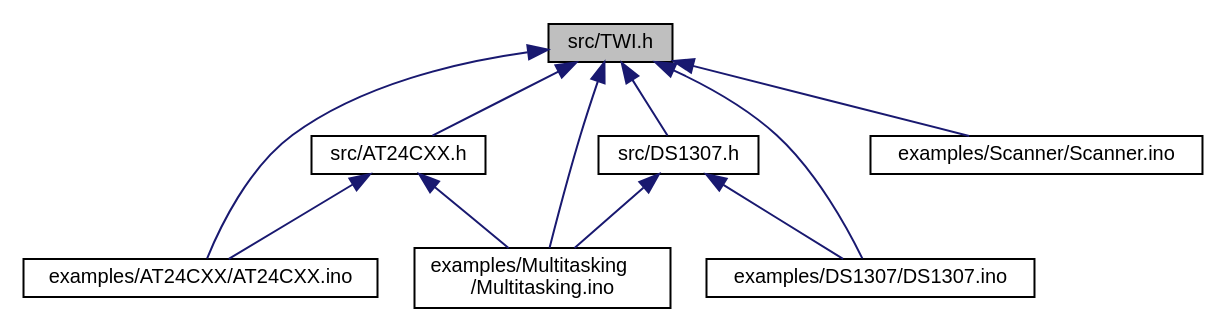
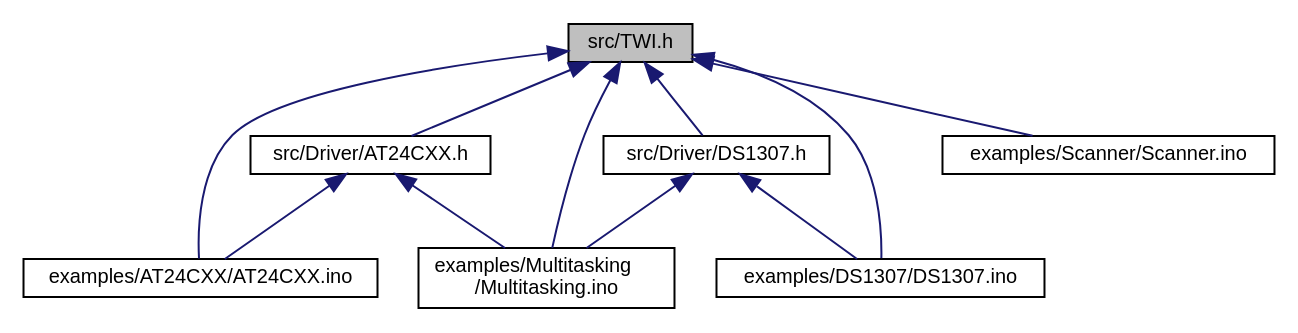
Before and after one commit to mikaelpatel/mikaelpatel.github.io: the diagram in Arduino-TWI/d5/d2a/TWI_8h__dep__incl.dot, drawn with Graphviz. The commit also changed 144 other files, not shown here.

```diff
--- a/Arduino-TWI/d5/d2a/TWI_8h__dep__incl.dot
+++ b/Arduino-TWI/d5/d2a/TWI_8h__dep__incl.dot
@@ -1,22 +1,22 @@
 digraph "src/TWI.h"
 {
   edge [fontname="Helvetica",fontsize="10",labelfontname="Helvetica",labelfontsize="10"];
   node [fontname="Helvetica",fontsize="10",shape=record];
   Node1 [label="src/TWI.h",height=0.2,width=0.4,color="black", fillcolor="grey75", style="filled", fontcolor="black"];
   Node1 -> Node2 [dir="back",color="midnightblue",fontsize="10",style="solid",fontname="Helvetica"];
-  Node2 [label="src/AT24CXX.h",height=0.2,width=0.4,color="black", fillcolor="white", style="filled",URL="$db/d0b/AT24CXX_8h.html"];
+  Node2 [label="src/Driver/AT24CXX.h",height=0.2,width=0.4,color="black", fillcolor="white", style="filled",URL="$db/d0b/AT24CXX_8h.html"];
   Node2 -> Node3 [dir="back",color="midnightblue",fontsize="10",style="solid",fontname="Helvetica"];
   Node3 [label="examples/AT24CXX/AT24CXX.ino",height=0.2,width=0.4,color="black", fillcolor="white", style="filled",URL="$de/d62/AT24CXX_8ino.html"];
   Node2 -> Node4 [dir="back",color="midnightblue",fontsize="10",style="solid",fontname="Helvetica"];
   Node4 [label="examples/Multitasking\l/Multitasking.ino",height=0.2,width=0.4,color="black", fillcolor="white", style="filled",URL="$d0/df3/Multitasking_8ino.html"];
   Node1 -> Node5 [dir="back",color="midnightblue",fontsize="10",style="solid",fontname="Helvetica"];
-  Node5 [label="src/DS1307.h",height=0.2,width=0.4,color="black", fillcolor="white", style="filled",URL="$de/dba/DS1307_8h.html"];
+  Node5 [label="src/Driver/DS1307.h",height=0.2,width=0.4,color="black", fillcolor="white", style="filled",URL="$de/dba/DS1307_8h.html"];
   Node5 -> Node6 [dir="back",color="midnightblue",fontsize="10",style="solid",fontname="Helvetica"];
   Node6 [label="examples/DS1307/DS1307.ino",height=0.2,width=0.4,color="black", fillcolor="white", style="filled",URL="$d3/d10/DS1307_8ino.html"];
   Node5 -> Node4 [dir="back",color="midnightblue",fontsize="10",style="solid",fontname="Helvetica"];
   Node1 -> Node3 [dir="back",color="midnightblue",fontsize="10",style="solid",fontname="Helvetica"];
   Node1 -> Node6 [dir="back",color="midnightblue",fontsize="10",style="solid",fontname="Helvetica"];
   Node1 -> Node4 [dir="back",color="midnightblue",fontsize="10",style="solid",fontname="Helvetica"];
   Node1 -> Node7 [dir="back",color="midnightblue",fontsize="10",style="solid",fontname="Helvetica"];
   Node7 [label="examples/Scanner/Scanner.ino",height=0.2,width=0.4,color="black", fillcolor="white", style="filled",URL="$dd/da4/Scanner_8ino.html"];
 }
```
